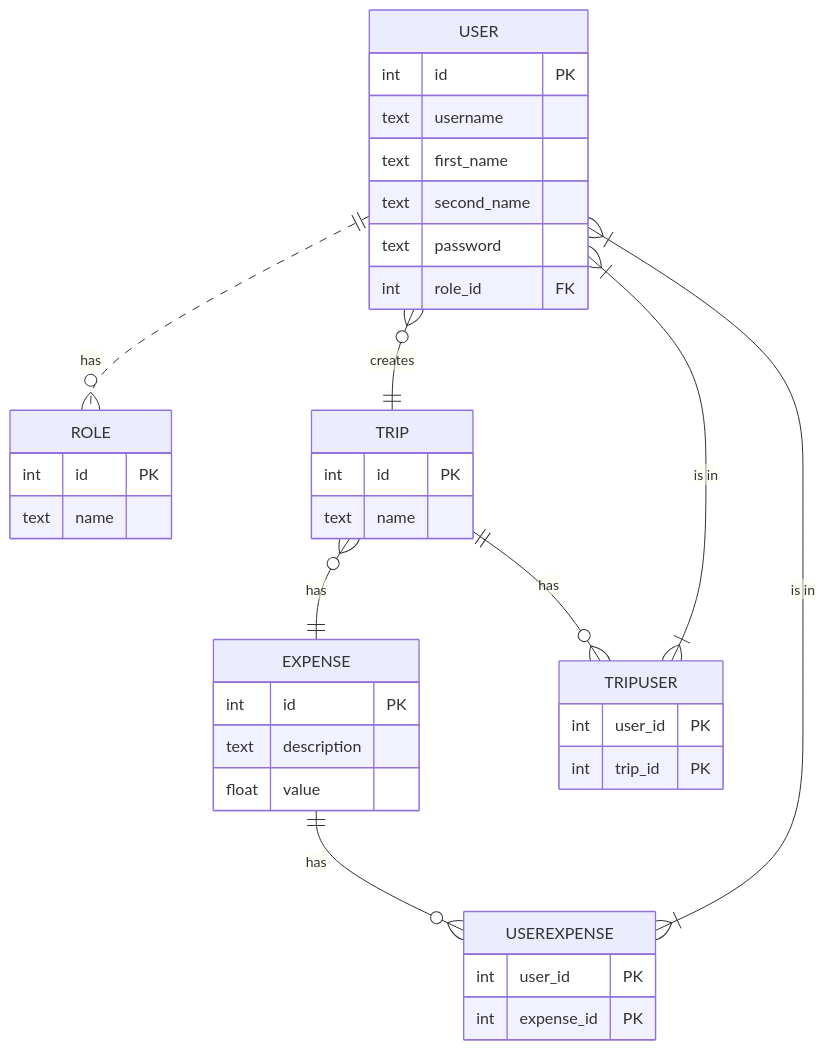
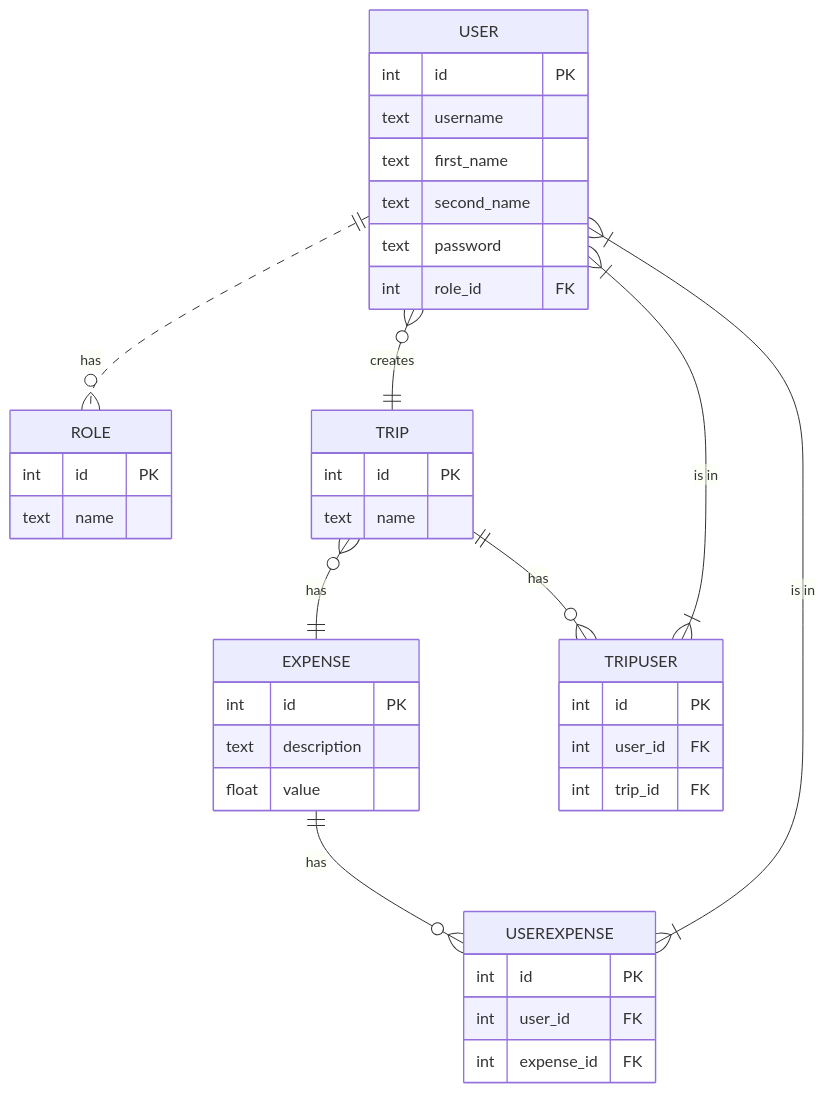
Before and after one commit to miguel-square/TripBudget: the second of 2 diagrams in README.md, drawn with Mermaid.

````diff
--- a/README.md
+++ b/README.md
@@ -54,39 +54,41 @@
 ```mermaid
 erDiagram
     USER ||..o{ ROLE : "has"
     USER {
         int id PK
         text username
         text first_name
         text second_name
         text password
         int role_id FK
     }
     ROLE {
         int id PK
         text name
     }
     USER o{--|| TRIP : creates
     TRIP o{--|| EXPENSE : has
     TRIP {
         int id PK
         text name       
     }
     EXPENSE {
         int id PK
         text description
         float value
     }
     EXPENSE ||--o{ USEREXPENSE : has
     USEREXPENSE }|--|{ USER : "is in"
     TRIP ||--o{ TRIPUSER : has
     TRIPUSER }|--|{ USER : "is in"
     USEREXPENSE {
-        int user_id PK
-        int expense_id PK
+        int id PK
+        int user_id FK
+        int expense_id FK
     }
     TRIPUSER {
-        int user_id PK
-        int trip_id PK
+        int id PK
+        int user_id FK
+        int trip_id FK
     }
 ```
````
